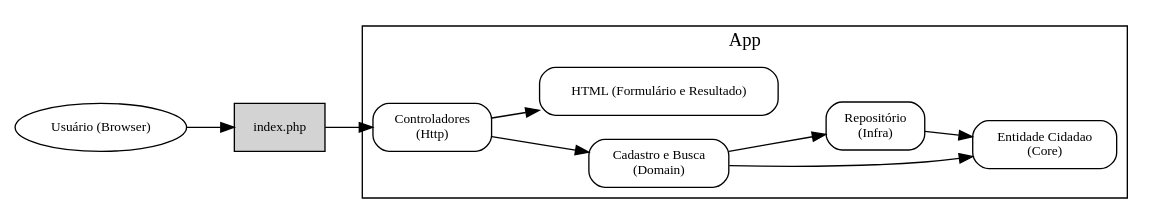
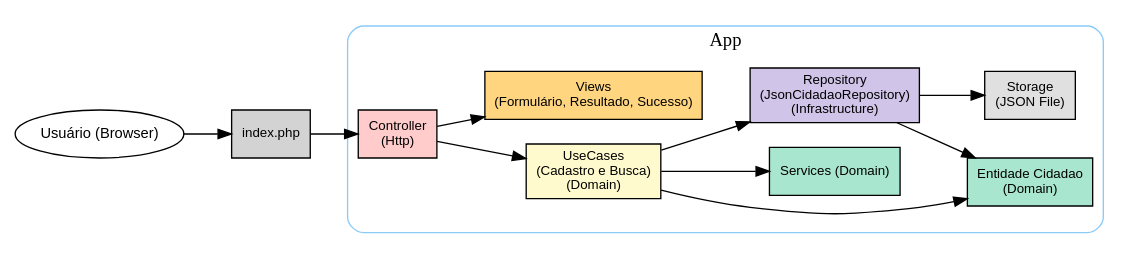
One commit to Andrewwmax/Desafio-Jungle changed the diagram in docs/arquitetura/graph.dot. Above: the diagram before and after it, drawn with Graphviz. The commit also changed 4 other files, not shown here.

```diff
--- a/docs/arquitetura/graph.dot
+++ b/docs/arquitetura/graph.dot
@@ -1,24 +1,33 @@
 digraph G {
     rankdir=LR;
-    node [shape=box style=rounded fontsize=10];
+    node [shape=box style=rounded fontsize=10 fontname="Arial"];
 
+    // Subgraph APP
     subgraph cluster_App {
-    label = "App";
+        label = "App";
+        style = rounded;
+        color = "#8CCAF7";
 
-    Core [label="Entidade Cidadao\n(Core)"];
-    UseCases [label="Cadastro e Busca\n(Domain)"];
-    Controller [label="Controladores\n(Http)"];
-    Repository [label="Repositório\n(Infra)"];
-    View [label="HTML (Formulário e Resultado)"];
+        Core [label="Entidade Cidadao\n(Domain)", fillcolor="#A8E6CF", style="filled"];
+        Services [label="Services (Domain)", fillcolor="#A8E6CF", style="filled"];
+        UseCases [label="UseCases\n(Cadastro e Busca)\n(Domain)", fillcolor="#FFFACD", style="filled"];
+        Controller [label="Controller\n(Http)", fillcolor="#FFCCCB", style="filled"];
+        Repository [label="Repository\n(JsonCidadaoRepository)\n(Infrastructure)", fillcolor="#D1C4E9", style="filled"];
+        Storage [label="Storage\n(JSON File)", fillcolor="#E0E0E0", style="filled"];
+        View [label="Views\n(Formulário, Resultado, Sucesso)", fillcolor="#FFD580", style="filled"];
     }
 
-    Client [label="Usuário (Browser)", shape=oval];
-    Index [label="index.php", shape=box, style="filled", fillcolor=lightgray];
+    // Client + index.php
+    Client [label="Usuário (Browser)", shape=oval, fontsize=11, fontname="Arial"];
+    Index [label="index.php", shape=box, style="filled", fillcolor="lightgray"];
 
+    // Fluxo de dependência
     Client -> Index -> Controller;
     Controller -> UseCases;
+    Controller -> View;
     UseCases -> Core;
+    UseCases -> Services;
     UseCases -> Repository;
-    Controller -> View;
     Repository -> Core;
+    Repository -> Storage;
 }
```
